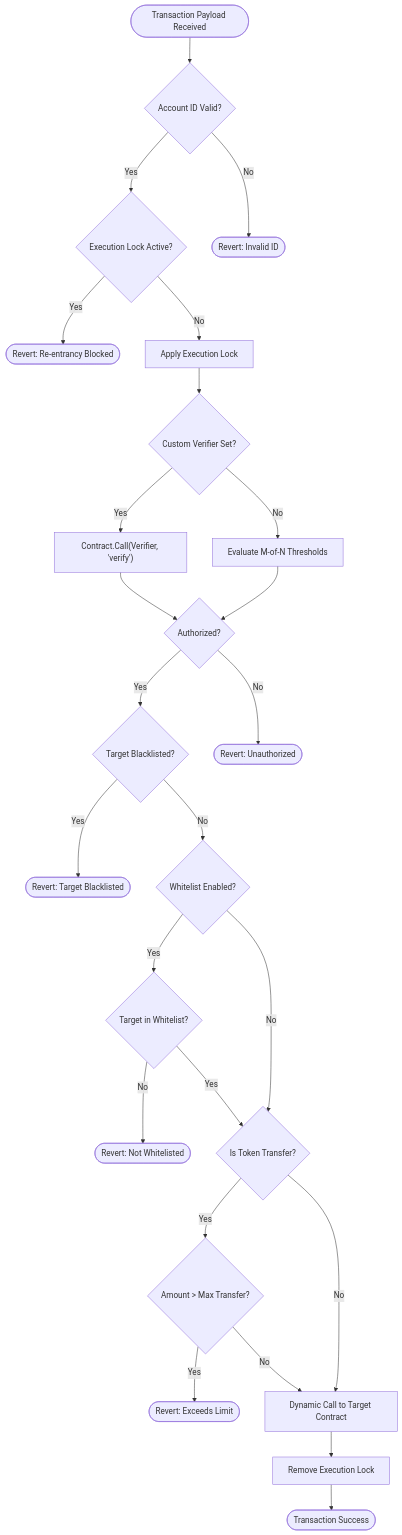
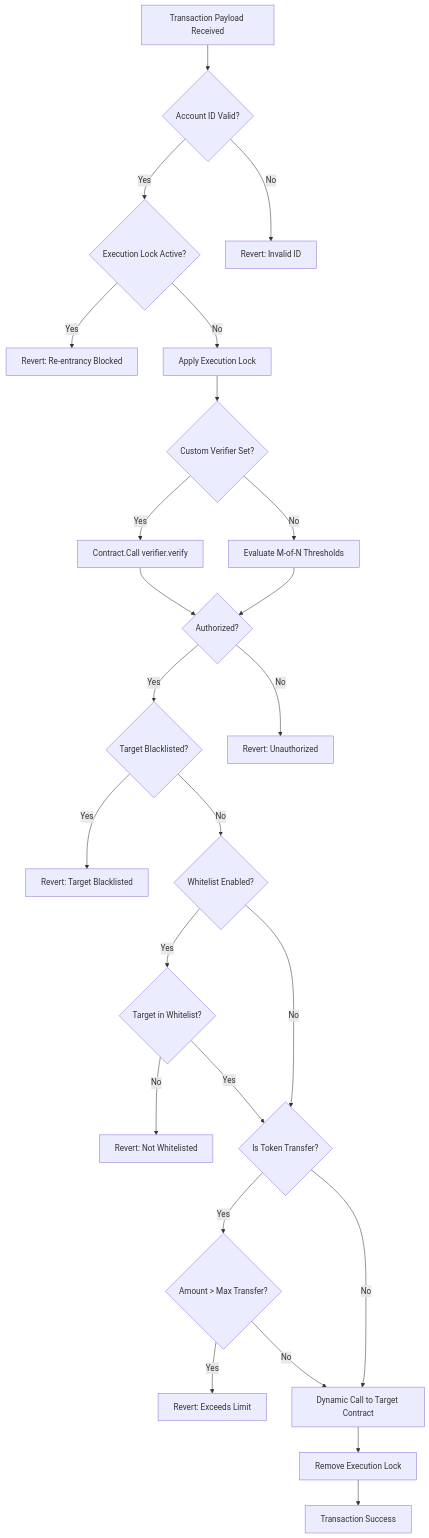
The fourth of 5 diagrams in frontend/src/assets/docs/data-flow.md (r3e-network/neo-abstract-account), drawn with Mermaid before and after one commit. The commit also changed other lines of this file and 181 other files, not shown here.

````diff
--- a/frontend/src/assets/docs/data-flow.md
+++ b/frontend/src/assets/docs/data-flow.md
@@ -26,38 +83,37 @@
 ```mermaid
 flowchart TD
-    Start(["Transaction Payload Received"]) --> HasID{"Account ID Valid?"}
-    
-    HasID -- Yes --> ActiveLock{"Execution Lock Active?"}
-    HasID -- No --> Reject(["Revert: Invalid ID"])
-    
-    ActiveLock -- Yes --> RejectLock(["Revert: Re-entrancy Blocked"])
-    ActiveLock -- No --> Lock["Apply Execution Lock"]
-    
-    Lock --> CustomVer{"Custom Verifier Set?"}
-    
-    CustomVer -- Yes --> CallCustom["Contract.Call(Verifier, 'verify')"]
+    Start[Transaction Payload Received] --> HasID{Account ID Valid?}
+    HasID -- Yes --> ActiveLock{Execution Lock Active?}
+    HasID -- No --> Reject[Revert: Invalid ID]
+
+    ActiveLock -- Yes --> RejectLock[Revert: Re-entrancy Blocked]
+    ActiveLock -- No --> Lock[Apply Execution Lock]
+
+    Lock --> CustomVer{Custom Verifier Set?}
+
+    CustomVer -- Yes --> CallCustom[Contract.Call verifier.verify]
     CallCustom --> AuthResult
-    
-    CustomVer -- No --> CheckNative["Evaluate M-of-N Thresholds"]
-    CheckNative --> AuthResult{"Authorized?"}
-    
-    AuthResult -- Yes --> CheckBlacklist{"Target Blacklisted?"}
-    AuthResult -- No --> RejectAuth(["Revert: Unauthorized"])
-    
-    CheckBlacklist -- Yes --> RejectBL(["Revert: Target Blacklisted"])
-    CheckBlacklist -- No --> CheckWhitelist{"Whitelist Enabled?"}
-    
-    CheckWhitelist -- Yes --> InWhitelist{"Target in Whitelist?"}
-    InWhitelist -- No --> RejectWL(["Revert: Not Whitelisted"])
+
+    CustomVer -- No --> CheckNative[Evaluate M-of-N Thresholds]
+    CheckNative --> AuthResult{Authorized?}
+
+    AuthResult -- Yes --> CheckBlacklist{Target Blacklisted?}
+    AuthResult -- No --> RejectAuth[Revert: Unauthorized]
+
+    CheckBlacklist -- Yes --> RejectBL[Revert: Target Blacklisted]
+    CheckBlacklist -- No --> CheckWhitelist{Whitelist Enabled?}
+
+    CheckWhitelist -- Yes --> InWhitelist{Target in Whitelist?}
+    InWhitelist -- No --> RejectWL[Revert: Not Whitelisted]
     InWhitelist -- Yes --> TokenCheck
     CheckWhitelist -- No --> TokenCheck
-    
-    TokenCheck{"Is Token Transfer?"}
-    TokenCheck -- Yes --> OverLimit{"Amount > Max Transfer?"}
-    OverLimit -- Yes --> RejectLimit(["Revert: Exceeds Limit"])
+
+    TokenCheck{Is Token Transfer?}
+    TokenCheck -- Yes --> OverLimit{Amount > Max Transfer?}
+    OverLimit -- Yes --> RejectLimit[Revert: Exceeds Limit]
     OverLimit -- No --> Execute
     TokenCheck -- No --> Execute
-    
-    Execute["Dynamic Call to Target Contract"] --> Unlock["Remove Execution Lock"]
-    Unlock --> End(["Transaction Success"])
+
+    Execute[Dynamic Call to Target Contract] --> Unlock[Remove Execution Lock]
+    Unlock --> End[Transaction Success]
 ```
````
